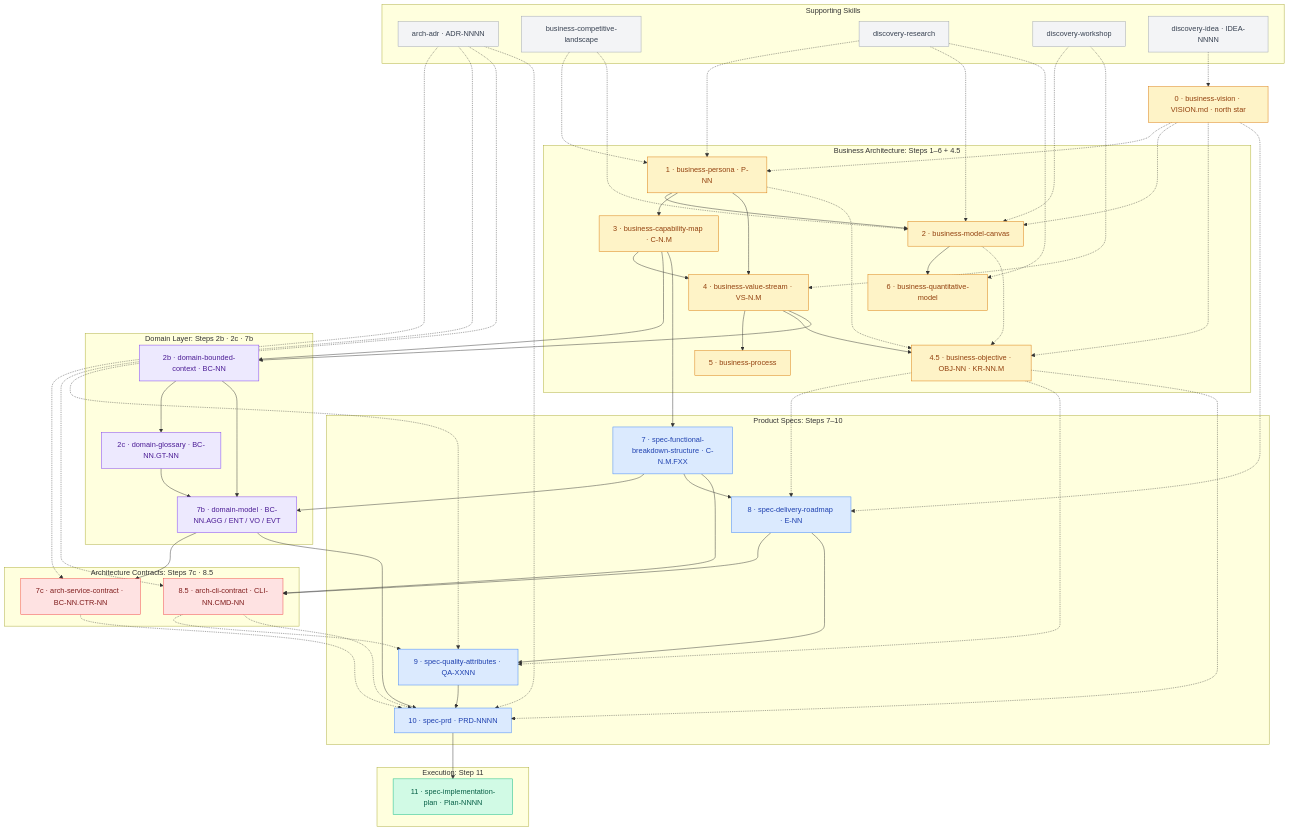
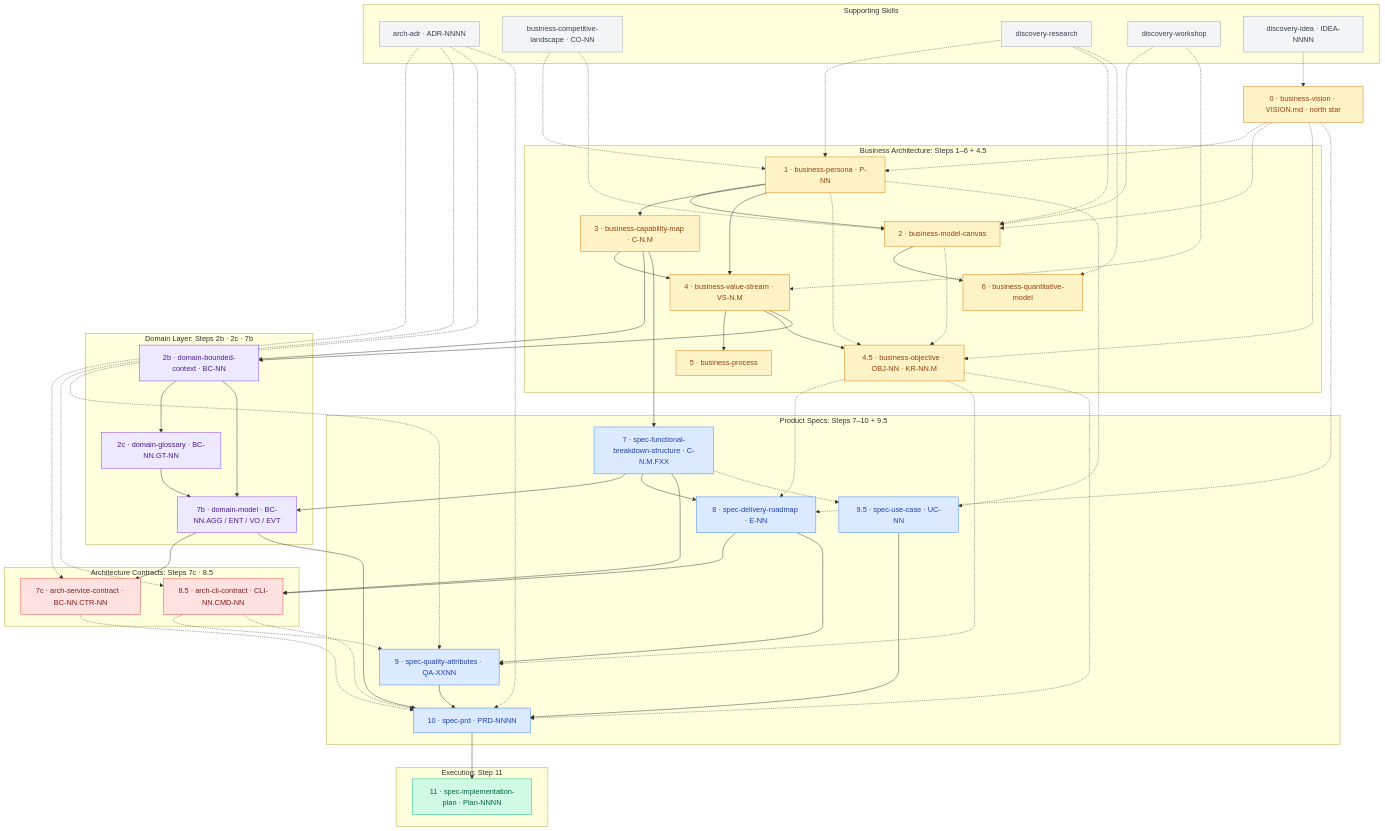
One commit to VictorHueni/clew changed the first of 2 diagrams in README.md. Above: the diagram before and after it, drawn with Mermaid. The commit also changed other lines of this file and 1 other file, not shown here.

First line of the commit message:
docs(domain): reconcile conceptual model with kit; add physical-implementation ER

```diff
--- a/README.md
+++ b/README.md
@@ -59,10 +59,11 @@
         S7b["7b · domain-model · BC-NN.AGG / ENT / VO / EVT"]:::domain
     end
 
-    subgraph PS["Product Specs: Steps 7–10"]
+    subgraph PS["Product Specs: Steps 7–10 + 9.5"]
         S7["7 · spec-functional-breakdown-structure · C-N.M.FXX"]:::specs
         S8["8 · spec-delivery-roadmap · E-NN"]:::specs
         S9["9 · spec-quality-attributes · QA-XXNN"]:::specs
+        S9_5["9.5 · spec-use-case · UC-NN"]:::specs
         S10["10 · spec-prd · PRD-NNNN"]:::specs
     end
 
@@ -77,7 +78,7 @@
 
     subgraph SUP["Supporting Skills"]
         ADR["arch-adr · ADR-NNNN"]:::support
-        CL["business-competitive-landscape"]:::support
+        CL["business-competitive-landscape · CO-NN"]:::support
         RES["discovery-research"]:::support
         WS["discovery-workshop"]:::support
         IDX["discovery-idea · IDEA-NNNN"]:::support
@@ -116,6 +117,9 @@
     S8_5 -.-> S10
     S7c -.-> S10
     S9 --> S10
+    S1 -.-> S9_5
+    S7 -.-> S9_5
+    S9_5 --> S10
     S10 --> S11
     ADR -.-> S7c
     ADR -.-> S8_5
```
